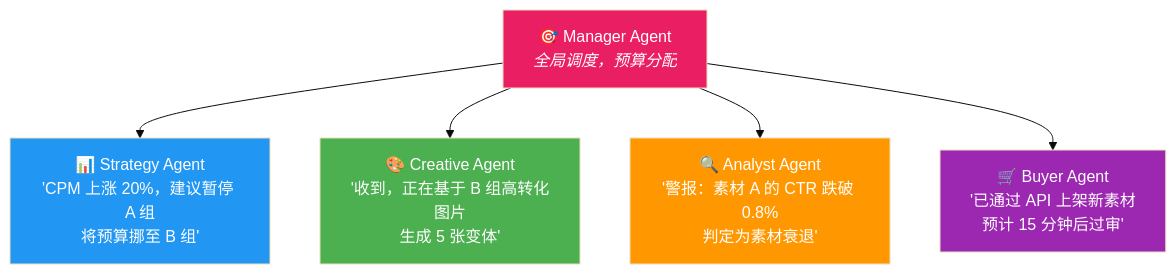
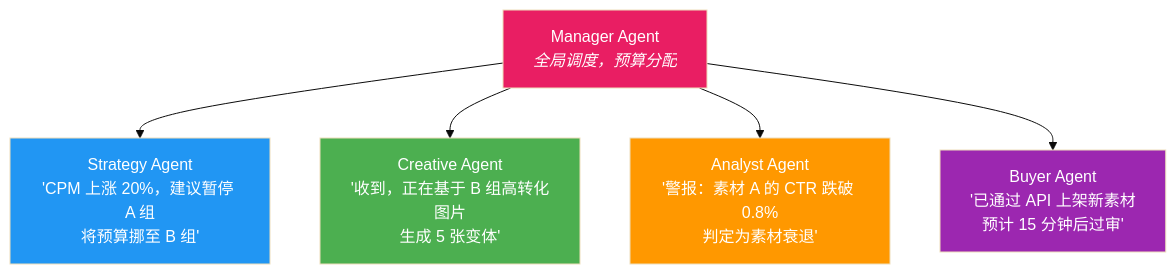
The ninth of 11 diagrams in docs/VC_TENGEN_AI.md (CodePothunter/lingque), drawn with Mermaid (base theme) before and after one commit. The commit also changed other lines of this file, not shown here.

Commit message:
📝【文档】：移除所有 mermaid 图表中的 emoji 以修复 GitHub 渲染问题

````diff
--- a/docs/VC_TENGEN_AI.md
+++ b/docs/VC_TENGEN_AI.md
@@ -521,14 +521,14 @@
 ```mermaid
 flowchart TB
-    MGR["🎯 Manager Agent<br/><i>全局调度，预算分配</i>"]
-    MGR --> STR["📊 Strategy Agent<br/>'CPM 上涨 20%，建议暂停 A 组<br/>将预算挪至 B 组'"]
-    MGR --> CRE["🎨 Creative Agent<br/>'收到，正在基于 B 组高转化图片<br/>生成 5 张变体'"]
-    MGR --> ANA["🔍 Analyst Agent<br/>'警报：素材 A 的 CTR 跌破 0.8%<br/>判定为素材衰退'"]
-    MGR --> BUY["🛒 Buyer Agent<br/>'已通过 API 上架新素材<br/>预计 15 分钟后过审'"]
+    MGR["Manager Agent<br/><i>全局调度，预算分配</i>"]
+    MGR --> STR["Strategy Agent<br/>'CPM 上涨 20%，建议暂停 A 组<br/>将预算挪至 B 组'"]
+    MGR --> CRE["Creative Agent<br/>'收到，正在基于 B 组高转化图片<br/>生成 5 张变体'"]
+    MGR --> ANA["Analyst Agent<br/>'警报：素材 A 的 CTR 跌破 0.8%<br/>判定为素材衰退'"]
+    MGR --> BUY["Buyer Agent<br/>'已通过 API 上架新素材<br/>预计 15 分钟后过审'"]
 
     style MGR fill:#E91E63,color:#fff
     style STR fill:#2196F3,color:#fff
     style CRE fill:#4CAF50,color:#fff
     style ANA fill:#FF9800,color:#fff
     style BUY fill:#9C27B0,color:#fff
 ```
````
